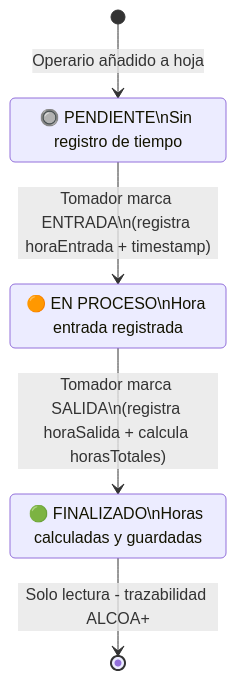
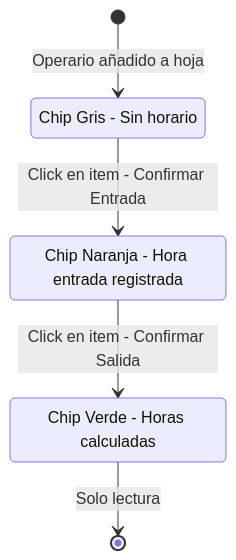
The fourth of 4 diagrams in Documentacion_Proyecto_Cibertec/Pharmadix_Times_Informe_Proyecto.md (Josesaso45/Pharmadix_Form_Horas_Extras_Cibertec), drawn with Mermaid before and after one commit. The commit also changed other lines of this file and 26 other files, not shown here.

````diff
--- a/Documentacion_Proyecto_Cibertec/Pharmadix_Times_Informe_Proyecto.md
+++ b/Documentacion_Proyecto_Cibertec/Pharmadix_Times_Informe_Proyecto.md
@@ -728,11 +1413,11 @@
 ```mermaid
 stateDiagram-v2
     [*] --> PENDIENTE : Operario añadido a hoja
-    PENDIENTE --> EN_PROCESO : Tomador marca ENTRADA\n(registra horaEntrada + timestamp)
-    EN_PROCESO --> FINALIZADO : Tomador marca SALIDA\n(registra horaSalida + calcula horasTotales)
-    FINALIZADO --> [*] : Solo lectura - trazabilidad ALCOA+
+    PENDIENTE --> EN_PROCESO : Click en item - Confirmar Entrada
+    EN_PROCESO --> FINALIZADO : Click en item - Confirmar Salida
+    FINALIZADO --> [*] : Solo lectura
 
-    PENDIENTE : 🔘 PENDIENTE\nSin registro de tiempo
-    EN_PROCESO : 🟠 EN PROCESO\nHora entrada registrada
-    FINALIZADO : 🟢 FINALIZADO\nHoras calculadas y guardadas
+    PENDIENTE : Chip Gris - Sin horario
+    EN_PROCESO : Chip Naranja - Hora entrada registrada
+    FINALIZADO : Chip Verde - Horas calculadas
 ```
````
